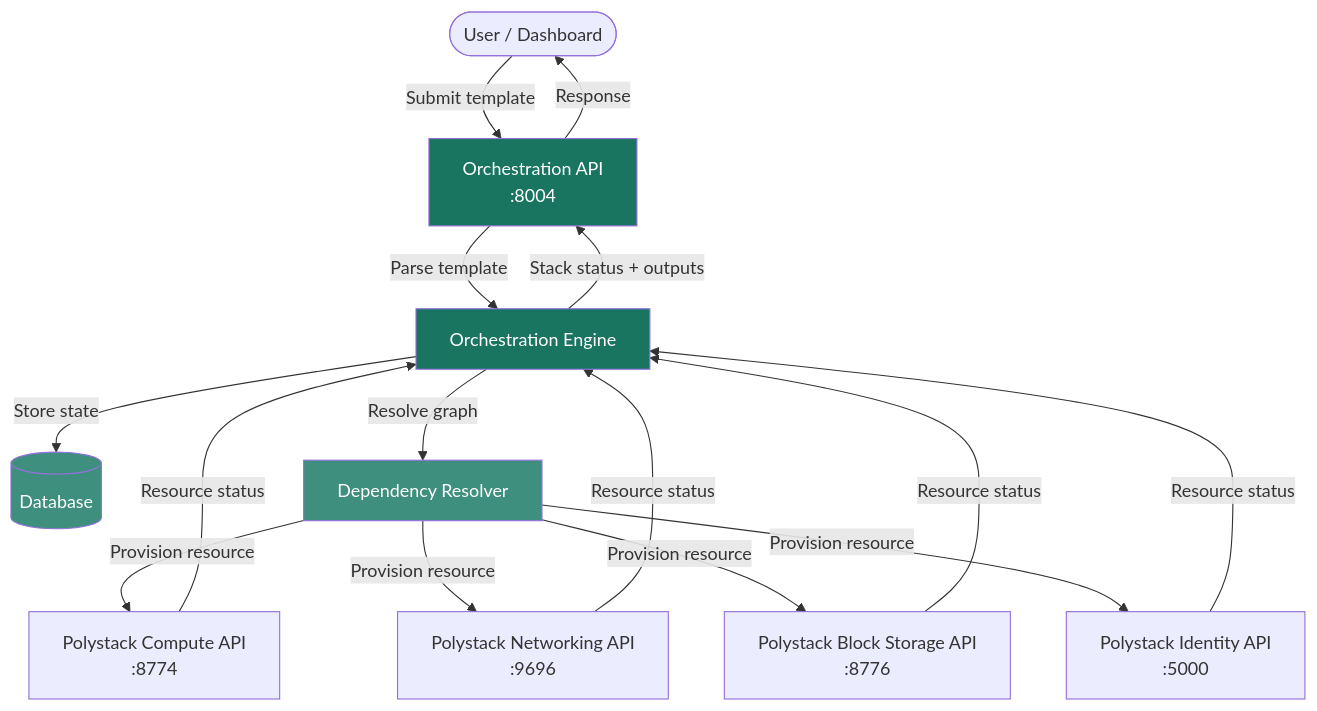
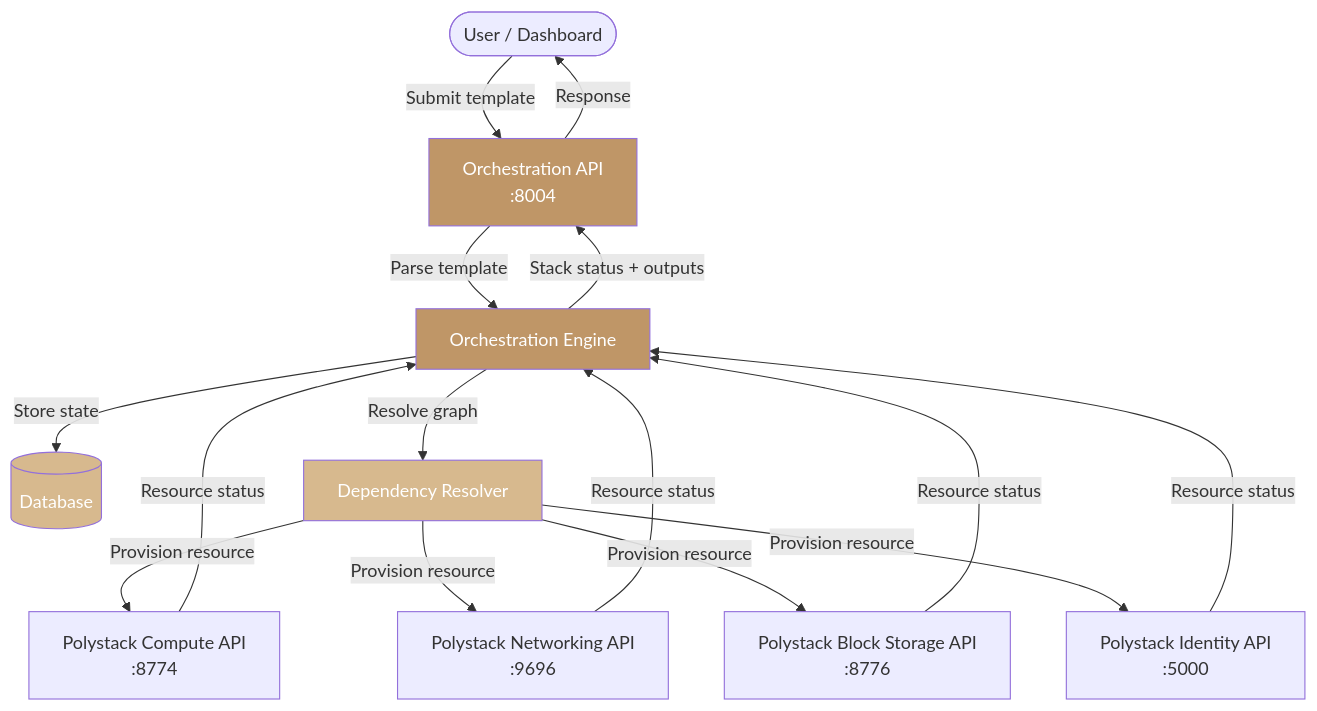
The first of 2 diagrams in services/orchestration/architecture.mdx (ankur-kumar87/docs-polystack), drawn with Mermaid before and after one commit. The commit also changed other lines of this file and 395 other files, not shown here.

````diff
--- a/services/orchestration/architecture.mdx
+++ b/services/orchestration/architecture.mdx
@@ -23,18 +23,18 @@
 ```mermaid
 graph TD
     U([User / Dashboard]) -->|Submit template| API[Orchestration API<br/>:8004]
     API -->|Parse template| ENG[Orchestration Engine]
     ENG -->|Store state| DB[(Database)]
     ENG -->|Resolve graph| GRAPH[Dependency Resolver]
     GRAPH -->|Provision resource| COMPUTE[Polystack Compute API<br/>:8774]
     GRAPH -->|Provision resource| NET[Polystack Networking API<br/>:9696]
     GRAPH -->|Provision resource| STORE[Polystack Block Storage API<br/>:8776]
     GRAPH -->|Provision resource| ID[Polystack Identity API<br/>:5000]
     COMPUTE & NET & STORE & ID -->|Resource status| ENG
     ENG -->|Stack status + outputs| API
     API -->|Response| U
-    style API fill:#197560,color:#fff
-    style ENG fill:#197560,color:#fff
-    style GRAPH fill:#3F8F7E,color:#fff
-    style DB fill:#3F8F7E,color:#fff
+    style API fill:#bf9667,color:#fff
+    style ENG fill:#bf9667,color:#fff
+    style GRAPH fill:#d7b98e,color:#fff
+    style DB fill:#d7b98e,color:#fff
 ```
````
